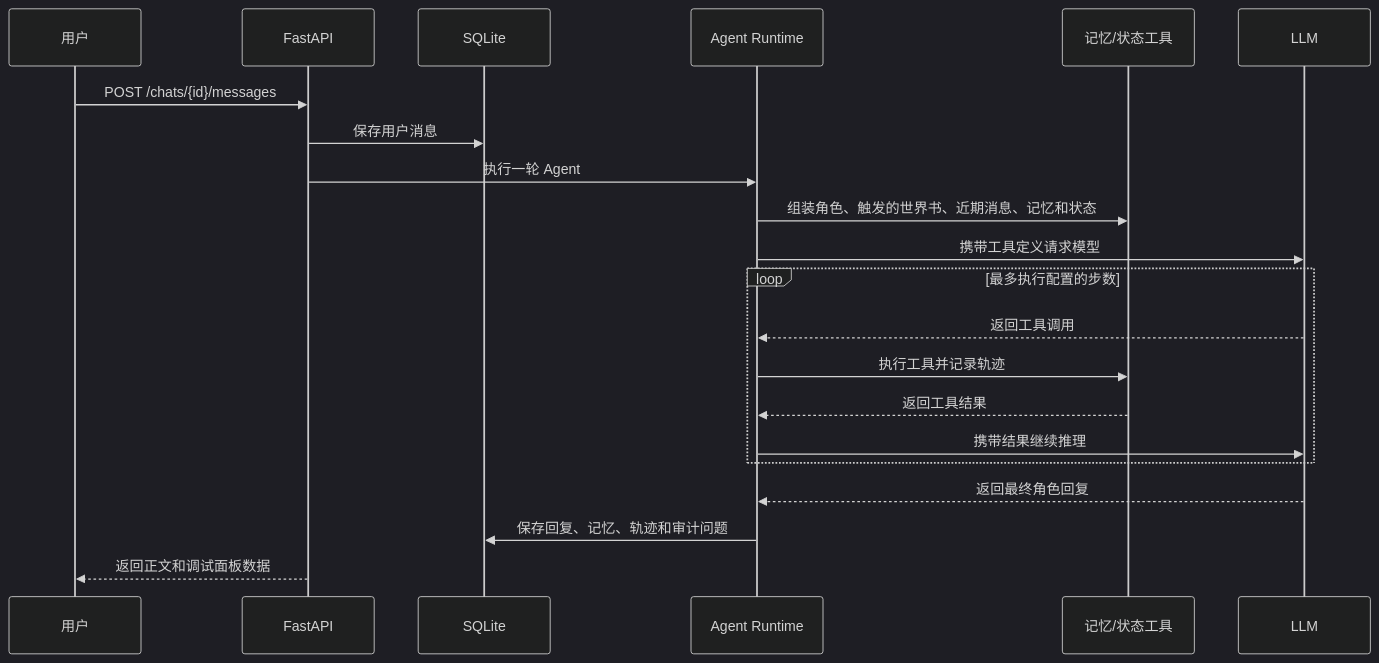
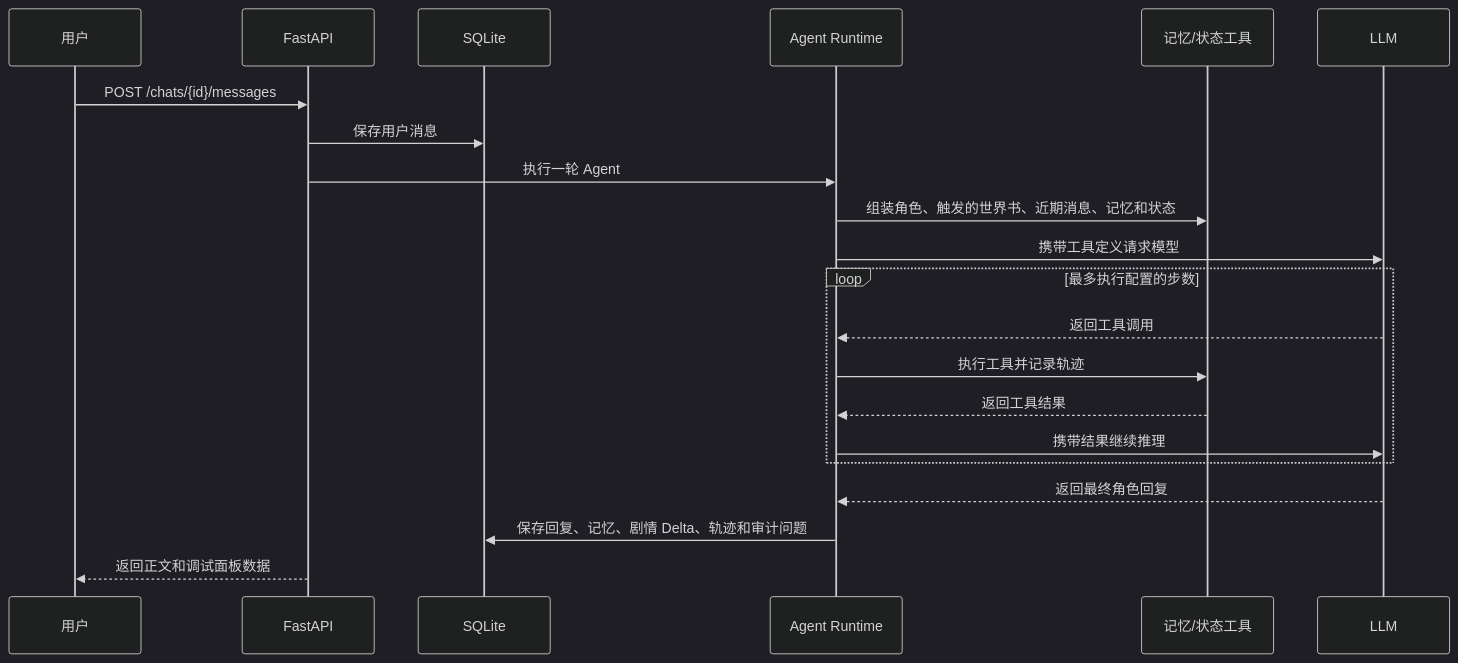
Before and after one commit to maximilian-2778/saraswati-agent: the second of 2 diagrams in docs/ARCHITECTURE.md, drawn with Mermaid (dark theme). The commit also changed other lines of this file and 25 other files, not shown here.

````diff
--- a/docs/ARCHITECTURE.md
+++ b/docs/ARCHITECTURE.md
@@ -39,24 +44,24 @@
 ```mermaid
 sequenceDiagram
     participant U as 用户
     participant A as FastAPI
     participant D as SQLite
     participant R as Agent Runtime
     participant M as 记忆/状态工具
     participant L as LLM
 
     U->>A: POST /chats/{id}/messages
     A->>D: 保存用户消息
     A->>R: 执行一轮 Agent
     R->>M: 组装角色、触发的世界书、近期消息、记忆和状态
     R->>L: 携带工具定义请求模型
     loop 最多执行配置的步数
         L-->>R: 返回工具调用
         R->>M: 执行工具并记录轨迹
         M-->>R: 返回工具结果
         R->>L: 携带结果继续推理
     end
     L-->>R: 返回最终角色回复
-    R->>D: 保存回复、记忆、轨迹和审计问题
+    R->>D: 保存回复、记忆、剧情 Delta、轨迹和审计问题
     A-->>U: 返回正文和调试面板数据
 ```
````
